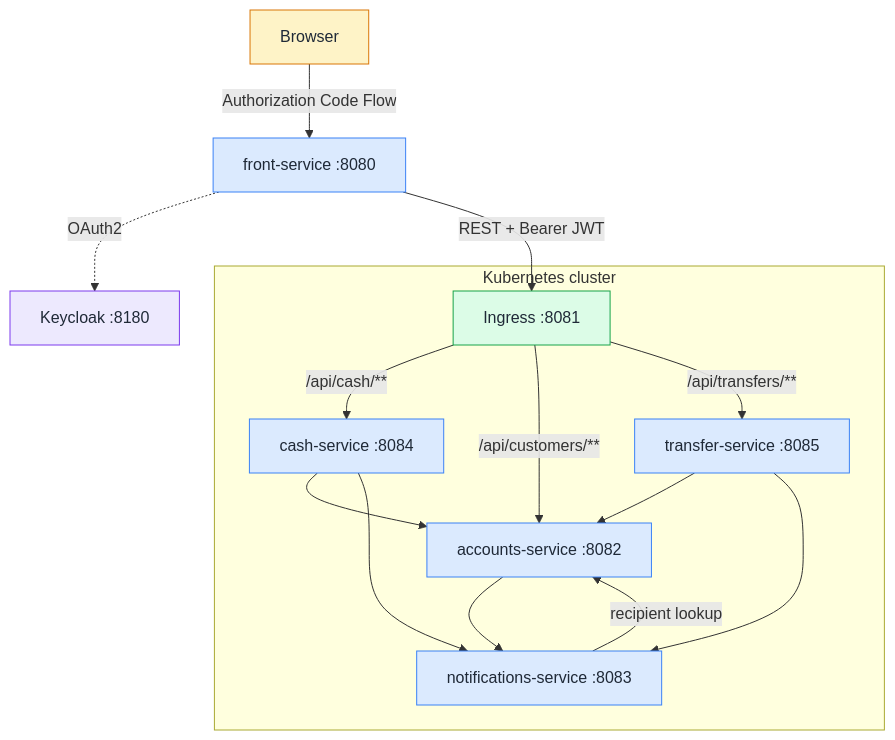
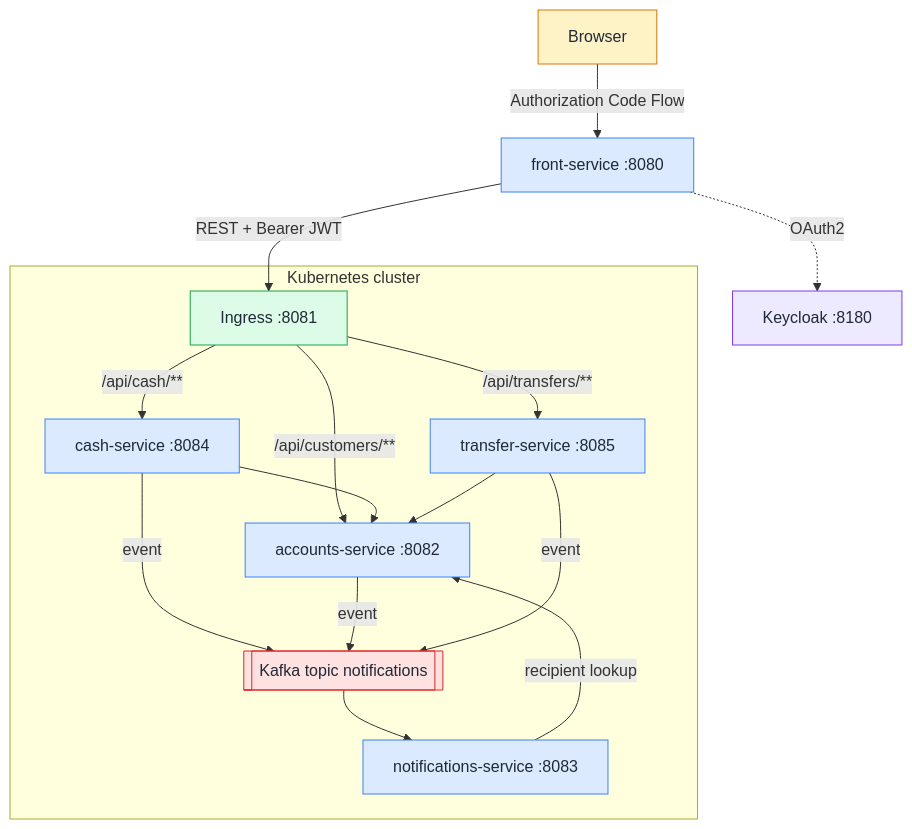
The first of 5 diagrams in README.md (ubrnt/my-bank-app), drawn with Mermaid before and after one commit. The commit also changed other lines of this file, not shown here.

````diff
--- a/README.md
+++ b/README.md
@@ -95,27 +99,30 @@
 ```mermaid
 flowchart TD
     browser["Browser"] -->|"Authorization Code Flow"| front["front-service :8080"]
     front -.->|"OAuth2"| keycloak["Keycloak :8180"]
     front -->|"REST + Bearer JWT"| ingress["Ingress :8081"]
 
     subgraph cluster["Kubernetes cluster"]
         ingress -->|"/api/cash/**"| cash["cash-service :8084"]
         ingress -->|"/api/customers/**"| accounts["accounts-service :8082"]
         ingress -->|"/api/transfers/**"| transfer["transfer-service :8085"]
         cash --> accounts
         transfer --> accounts
-        cash --> notifications["notifications-service :8083"]
-        accounts --> notifications
-        transfer --> notifications
+        cash -->|"event"| kafka[["Kafka topic notifications"]]
+        accounts -->|"event"| kafka
+        transfer -->|"event"| kafka
+        kafka --> notifications["notifications-service :8083"]
         notifications -->|"recipient lookup"| accounts
     end
 
     classDef client fill:#fef3c7,stroke:#d97706,color:#1f2937
     classDef service fill:#dbeafe,stroke:#3b82f6,color:#1f2937
     classDef auth fill:#ede9fe,stroke:#7c3aed,color:#1f2937
     classDef entry fill:#dcfce7,stroke:#16a34a,color:#1f2937
+    classDef broker fill:#fee2e2,stroke:#dc2626,color:#1f2937
     class browser client
     class front,cash,transfer,accounts,notifications service
+    class kafka broker
     class keycloak auth
     class ingress entry
 ```
````
